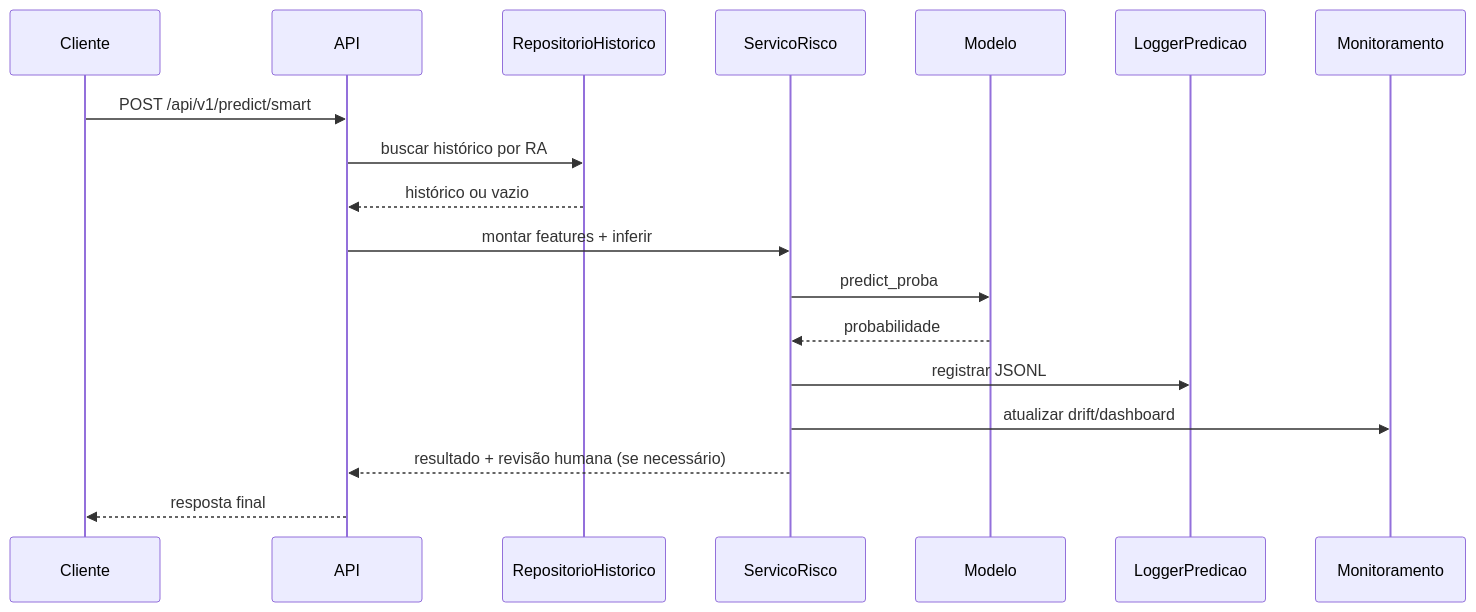
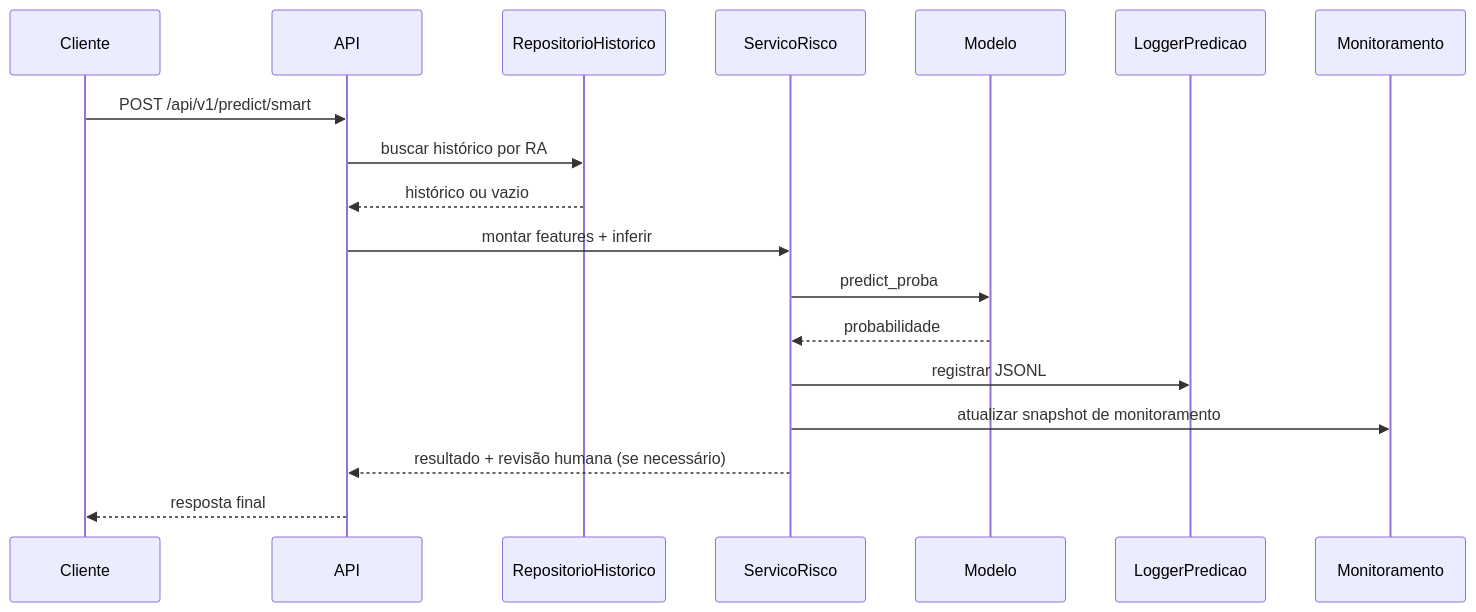
One commit to PauloGuedes2/passos-magicos-datathon changed the fourth of 4 diagrams in README.md. Above: the diagram before and after it, drawn with Mermaid. The commit also changed other lines of this file and 21 other files, not shown here.

````diff
--- a/README.md
+++ b/README.md
@@ -411,21 +410,21 @@
 ```mermaid
 sequenceDiagram
     participant Cliente
     participant API
     participant Repo as RepositorioHistorico
     participant Risk as ServicoRisco
     participant Model as Modelo
     participant Log as LoggerPredicao
     participant Mon as Monitoramento
 
     Cliente->>API: POST /api/v1/predict/smart
     API->>Repo: buscar histórico por RA
     Repo-->>API: histórico ou vazio
     API->>Risk: montar features + inferir
     Risk->>Model: predict_proba
     Model-->>Risk: probabilidade
     Risk->>Log: registrar JSONL
-    Risk->>Mon: atualizar drift/dashboard
+    Risk->>Mon: atualizar snapshot de monitoramento
     Risk-->>API: resultado + revisão humana (se necessário)
     API-->>Cliente: resposta final
 ```
````
